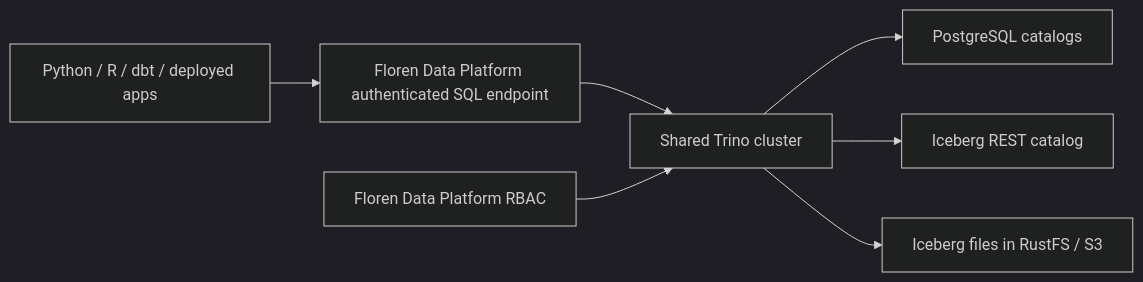
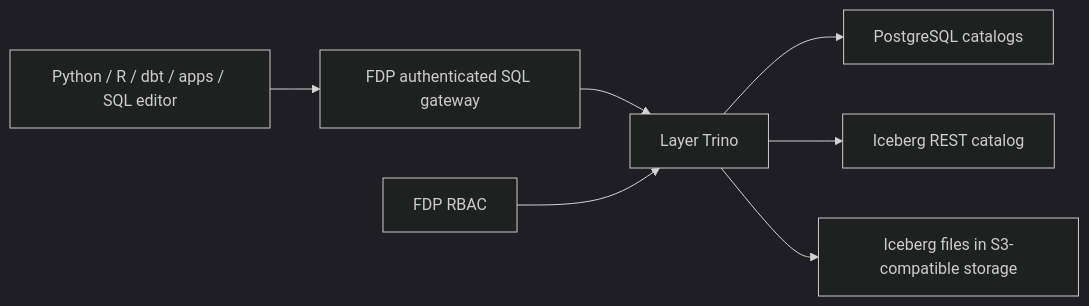
Before and after one commit to Floren-App/floren-data-platform-public: the diagram in docs/query-execution.md, drawn with Mermaid (dark theme). The commit also changed other lines of this file and 50 other files, not shown here.

````diff
--- a/docs/query-execution.md
+++ b/docs/query-execution.md
@@ -15,9 +15,9 @@
 ```mermaid
 flowchart LR
-    Clients[Python / R / dbt / deployed apps] --> Gateway[Floren Data Platform authenticated SQL endpoint]
-    Gateway --> Trino[Shared Trino cluster]
+    Clients[Python / R / dbt / apps / SQL editor] --> Gateway[FDP authenticated SQL gateway]
+    Gateway --> Trino[Layer Trino]
     Trino --> PG[PostgreSQL catalogs]
     Trino --> Catalog[Iceberg REST catalog]
-    Trino --> Storage[Iceberg files in RustFS / S3]
-    Policy[Floren Data Platform RBAC] --> Trino
+    Trino --> Storage[Iceberg files in S3-compatible storage]
+    Policy[FDP RBAC] --> Trino
 ```
````
